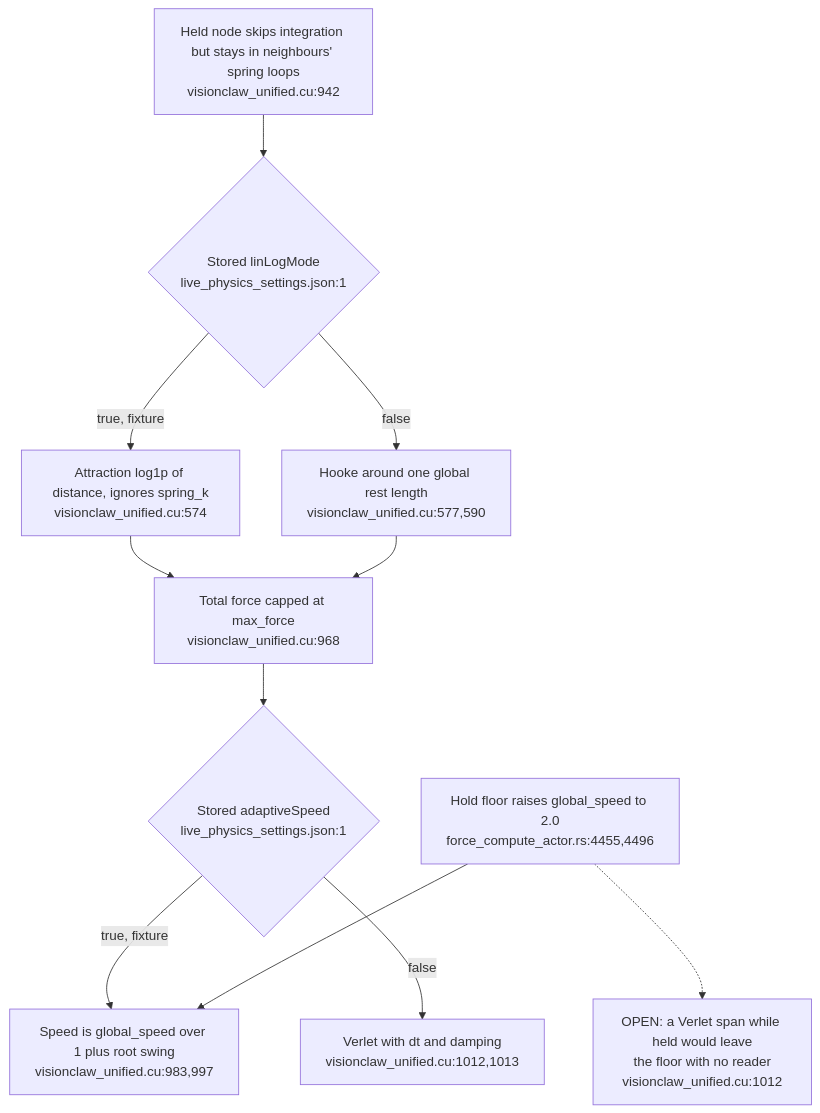
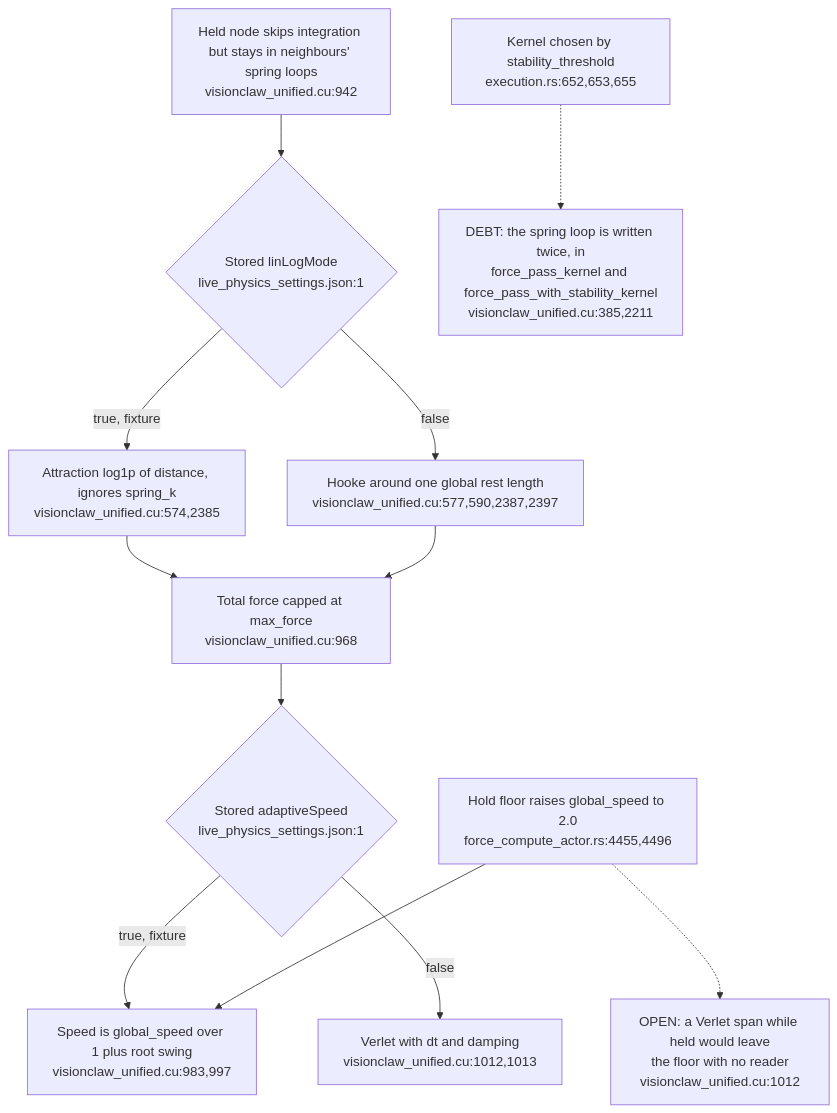
One commit to DreamLab-AI/VisionFlow changed the fourth of 4 diagrams in docs/diagrams/visionclaw/54-layout-mode-step-cadence-and-settle.md. Above: the diagram before and after it, drawn with Mermaid. The commit also changed other lines of this file and 5 other files, not shown here.

First line of the commit message:
docs(diagrams): re-stamp VC-37 at d6c091f0f with the drag heartbeat (VC-37.11); twin spring loop Debt (VC-54.4); dangling ADR-03 D7 Drift (VC-52)

````diff
--- a/docs/diagrams/visionclaw/54-layout-mode-step-cadence-and-settle.md
+++ b/docs/diagrams/visionclaw/54-layout-mode-step-cadence-and-settle.md
@@ -87,13 +87,14 @@
 ```mermaid
 flowchart TD
     PIN["Held node skips integration but stays in neighbours' spring loops<br/>visionclaw_unified.cu:942"] --> ATT{"Stored linLogMode<br/>live_physics_settings.json:1"}
-    ATT -->|true, fixture| LOG["Attraction log1p of distance, ignores spring_k<br/>visionclaw_unified.cu:574"]
-    ATT -->|false| HOOKE["Hooke around one global rest length<br/>visionclaw_unified.cu:577,590"]
+    ATT -->|true, fixture| LOG["Attraction log1p of distance, ignores spring_k<br/>visionclaw_unified.cu:574,2385"]
+    ATT -->|false| HOOKE["Hooke around one global rest length<br/>visionclaw_unified.cu:577,590,2387,2397"]
     LOG --> CAP["Total force capped at max_force<br/>visionclaw_unified.cu:968"]
     HOOKE --> CAP
     CAP --> INT{"Stored adaptiveSpeed<br/>live_physics_settings.json:1"}
     INT -->|true, fixture| AD["Speed is global_speed over 1 plus root swing<br/>visionclaw_unified.cu:983,997"]
     INT -->|false| VER["Verlet with dt and damping<br/>visionclaw_unified.cu:1012,1013"]
     FLOOR["Hold floor raises global_speed to 2.0<br/>force_compute_actor.rs:4455,4496"] --> AD
     FLOOR -.-> GAP["OPEN: a Verlet span while held would leave<br/>the floor with no reader<br/>visionclaw_unified.cu:1012"]
+    SEL["Kernel chosen by stability_threshold<br/>execution.rs:652,653,655"] -.-> TWIN["DEBT: the spring loop is written twice, in<br/>force_pass_kernel and force_pass_with_stability_kernel<br/>visionclaw_unified.cu:385,2211"]
 ```
````
